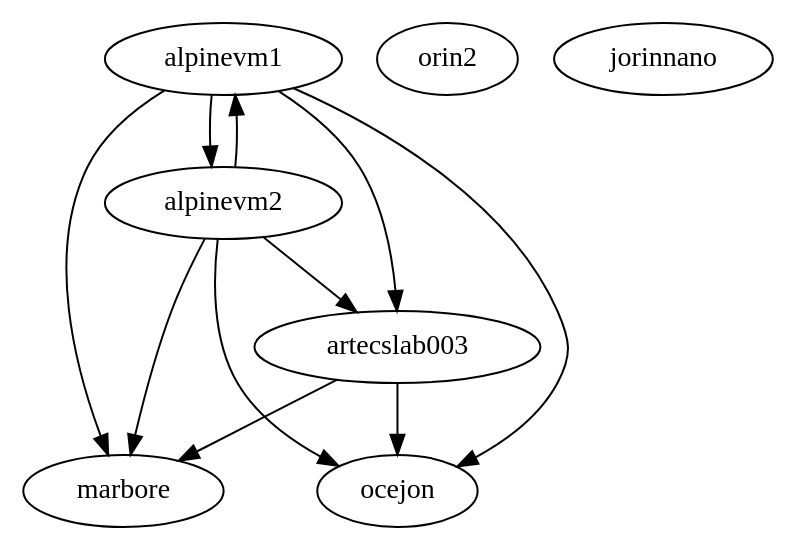
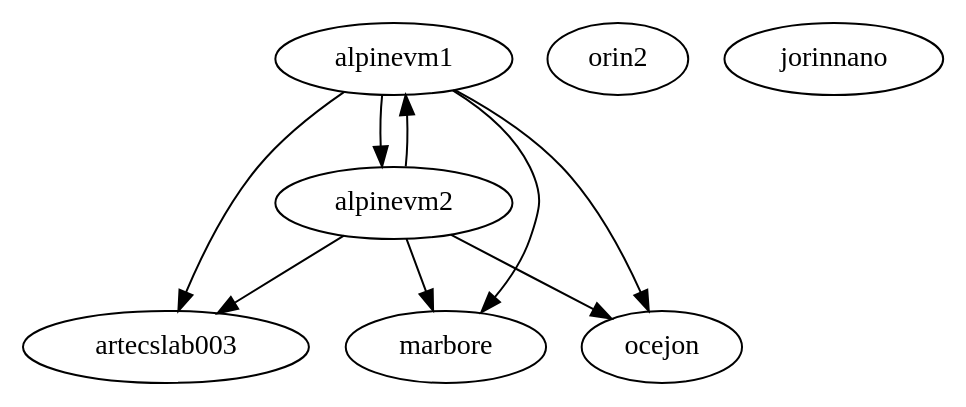
One commit to gulis1/planificacion-inferencia-edge changed the diagram in triton-endpoint-controller/tservice_controller/input.dot. Above: the diagram before and after it, drawn with Graphviz. The commit also changed 4 other files, not shown here.

```diff
--- a/triton-endpoint-controller/tservice_controller/input.dot
+++ b/triton-endpoint-controller/tservice_controller/input.dot
@@ -1,20 +1,21 @@
 digraph G {
   //marbore -> artecslab003
   //marbore -> ocejon
 
-  artecslab003 -> marbore
-  artecslab003 -> ocejon
+  //artecslab003 -> marbore
+  //artecslab003 -> ocejon
+  artecslab003
   
   alpinevm1 -> marbore
   alpinevm1 -> ocejon
   alpinevm1 -> artecslab003
   alpinevm1 -> alpinevm2
   
   alpinevm2 -> marbore
   alpinevm2 -> ocejon
   alpinevm2 -> artecslab003
   alpinevm2 -> alpinevm1
 
   orin2
   jorinnano
 }
```
